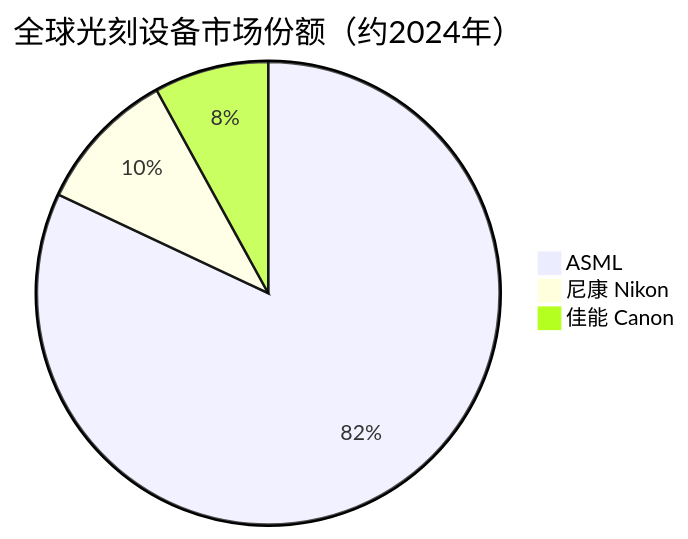
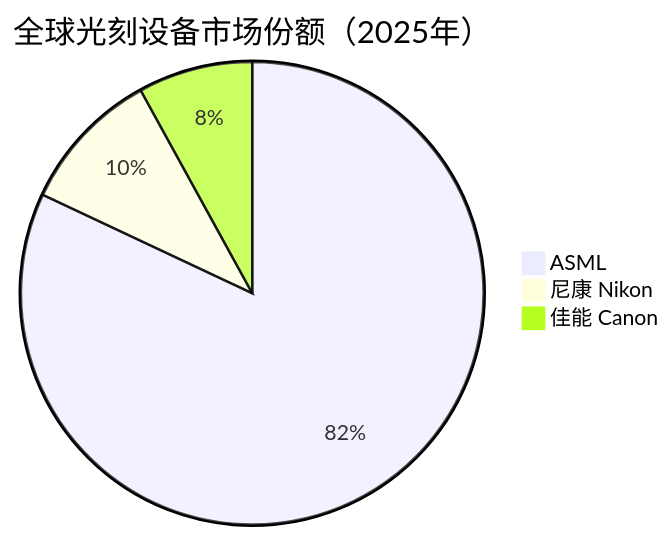
The third of 3 diagrams in 存储产业链/上游/光刻设备.md (blueprint1453/industry-insight), drawn with Mermaid before and after one commit. The commit also changed other lines of this file and 78 other files, not shown here.

````diff
--- a/存储产业链/上游/光刻设备.md
+++ b/存储产业链/上游/光刻设备.md
@@ -84,6 +84,6 @@
 ```mermaid
-pie title 全球光刻设备市场份额（约2024年）
+pie title 全球光刻设备市场份额（2025年）
     "ASML" : 82
     "尼康 Nikon" : 10
     "佳能 Canon" : 8
 ```
````
